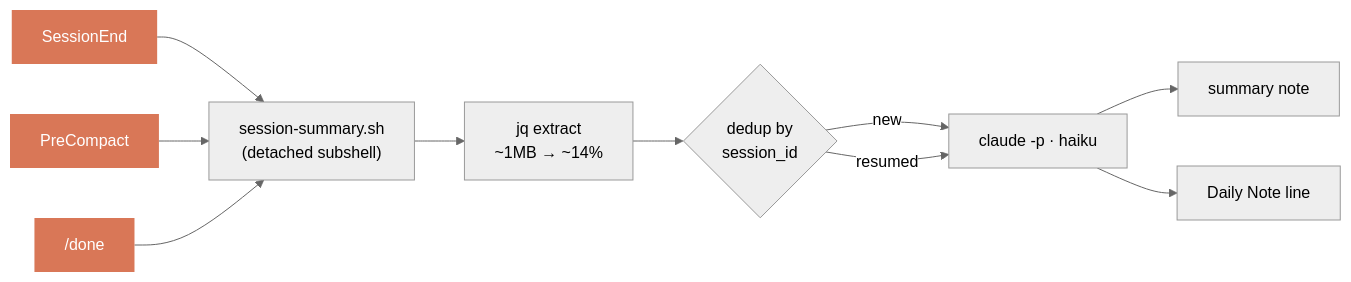
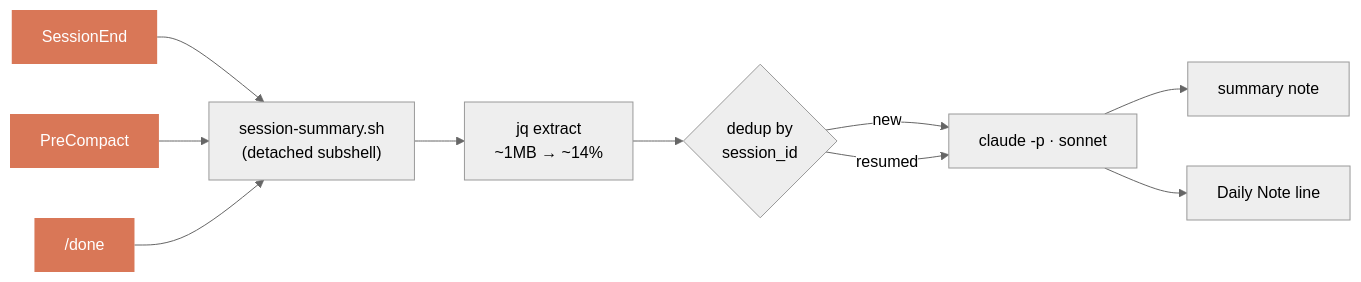
The diagram in README.md (takashito/claude-obsidian-chronicle), drawn with Mermaid (neutral theme) before and after one commit. The commit also changed other lines of this file and 5 other files, not shown here.

````diff
--- a/README.md
+++ b/README.md
@@ -94,13 +94,13 @@
 ```mermaid
 flowchart LR
     A[SessionEnd]:::trig --> S
     B[PreCompact]:::trig --> S
     C["/done"]:::trig --> S
     S["session-summary.sh<br/>(detached subshell)"] --> E["jq extract<br/>~1MB → ~14%"]
     E --> D{"dedup by<br/>session_id"}
-    D -->|new| W["claude -p · haiku"]
+    D -->|new| W["claude -p · sonnet"]
     D -->|resumed| W
     W --> N["summary note"]
     W --> L["Daily Note line"]
     classDef trig fill:#d97757,color:#fff,stroke:none;
 ```
````
